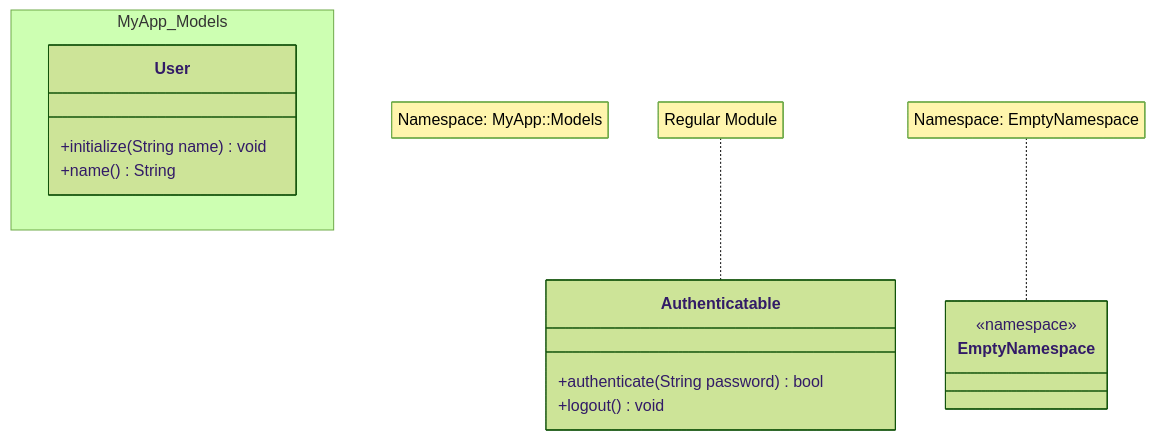
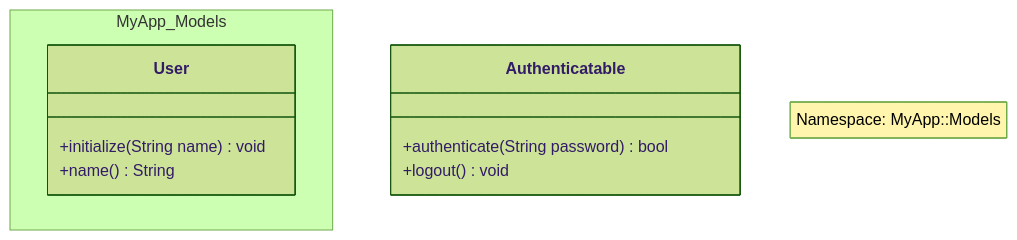
Before and after one commit to suzuki-mar/rbs_to_diagram: the diagram in .kiro/specs/support-namespace/design.md, drawn with Mermaid (forest theme). The commit also changed 12 other files, not shown here.

````diff
--- a/.kiro/specs/support-namespace/design.md
+++ b/.kiro/specs/support-namespace/design.md
@@ -162,22 +162,17 @@
 ```mermaid
 classDiagram
 namespace MyApp_Models {
     class User {
         +initialize(String name) void
         +name() String
     }
 }
 
 class Authenticatable {
     +authenticate(String password) bool
     +logout() void
 }
 
-class EmptyNamespace {
-    <<namespace>>
-}
 
 note for MyApp_Models "Namespace: MyApp::Models"
-note for Authenticatable "Regular Module"
-note for EmptyNamespace "Namespace: EmptyNamespace"
 ```
````
